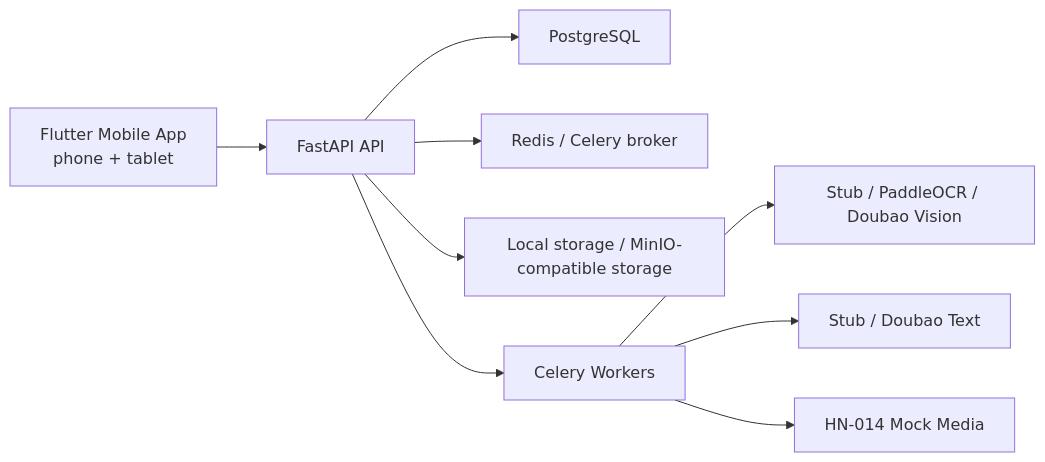
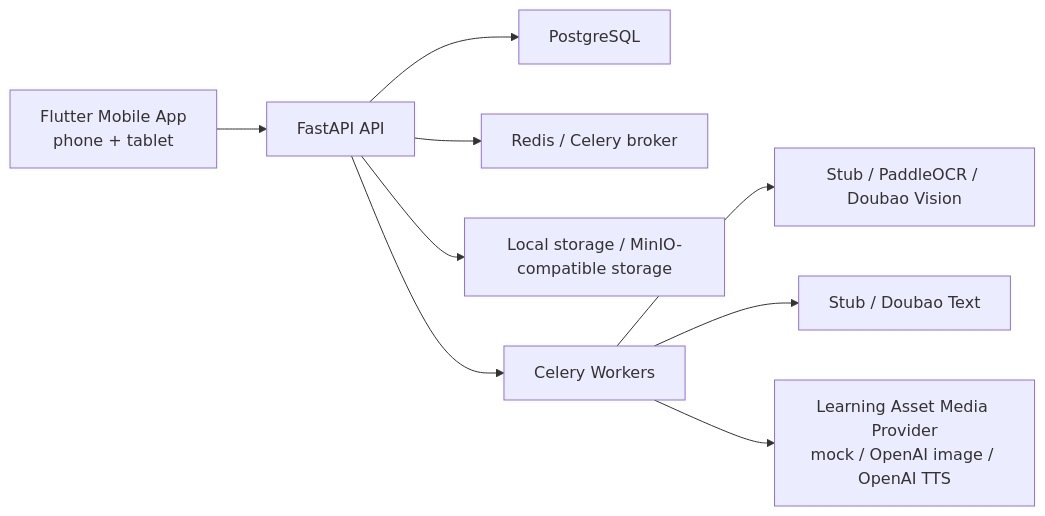
Before and after one commit to anbulang/LearningEnglish: the first of 2 diagrams in docs/architecture/overview.md, drawn with Mermaid. The commit also changed other lines of this file and 4 other files, not shown here.

Commit message:
docs: add HN-016 media provider harness

````diff
--- a/docs/architecture/overview.md
+++ b/docs/architecture/overview.md
@@ -9,11 +9,11 @@
 ```mermaid
 flowchart LR
     Mobile["Flutter Mobile App<br/>phone + tablet"] --> API["FastAPI API"]
     API --> Postgres["PostgreSQL"]
     API --> Redis["Redis / Celery broker"]
     API --> Storage["Local storage / MinIO-compatible storage"]
     API --> Workers["Celery Workers"]
     Workers --> OCR["Stub / PaddleOCR / Doubao Vision"]
     Workers --> LLM["Stub / Doubao Text"]
-    Workers --> Media["HN-014 Mock Media"]
+    Workers --> Media["Learning Asset Media Provider<br/>mock / OpenAI image / OpenAI TTS"]
 ```
````
